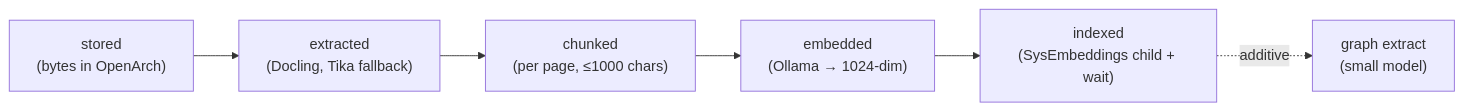
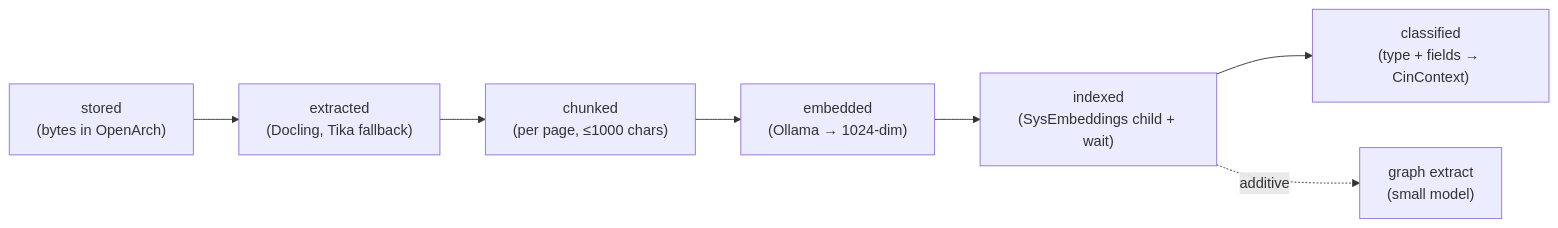
One commit to haaldinger/openarch-studio changed the third of 4 diagrams in docs/TECHNICAL-DEEP-DIVE.md. Above: the diagram before and after it, drawn with Mermaid. The commit also changed other lines of this file and 5 other files, not shown here.

````diff
--- a/docs/TECHNICAL-DEEP-DIVE.md
+++ b/docs/TECHNICAL-DEEP-DIVE.md
@@ -129,8 +131,9 @@
 ```mermaid
 flowchart LR
     S1["stored\n(bytes in OpenArch)"] --> S2["extracted\n(Docling, Tika fallback)"]
     S2 --> S3["chunked\n(per page, ≤1000 chars)"]
     S3 --> S4["embedded\n(Ollama → 1024-dim)"]
     S4 --> S5["indexed\n(SysEmbeddings child + wait)"]
+    S5 --> S6["classified\n(type + fields → CinContext)"]
     S5 -.->|additive| G["graph extract\n(small model)"]
 ```
````
